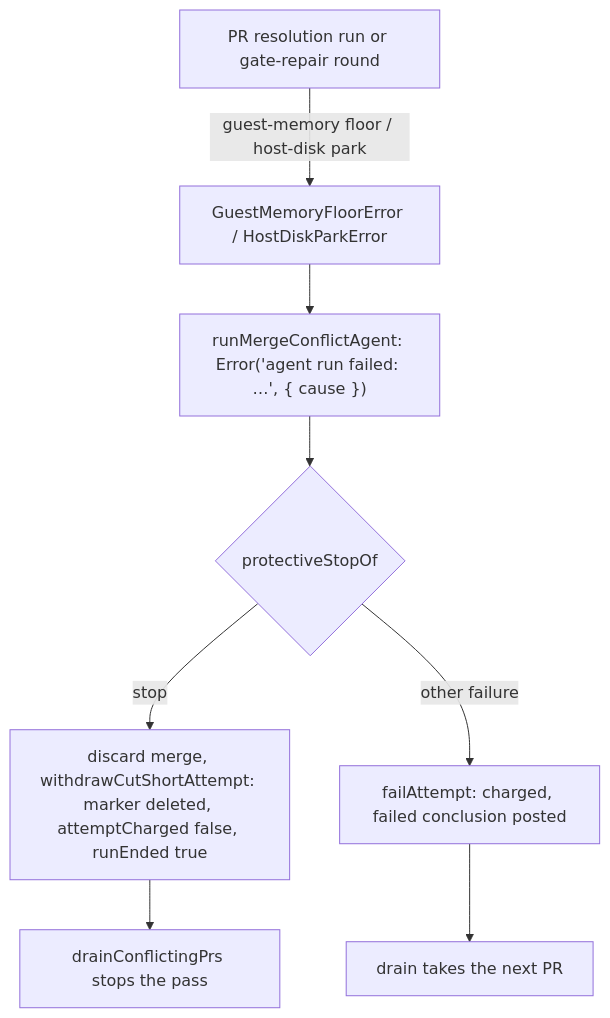
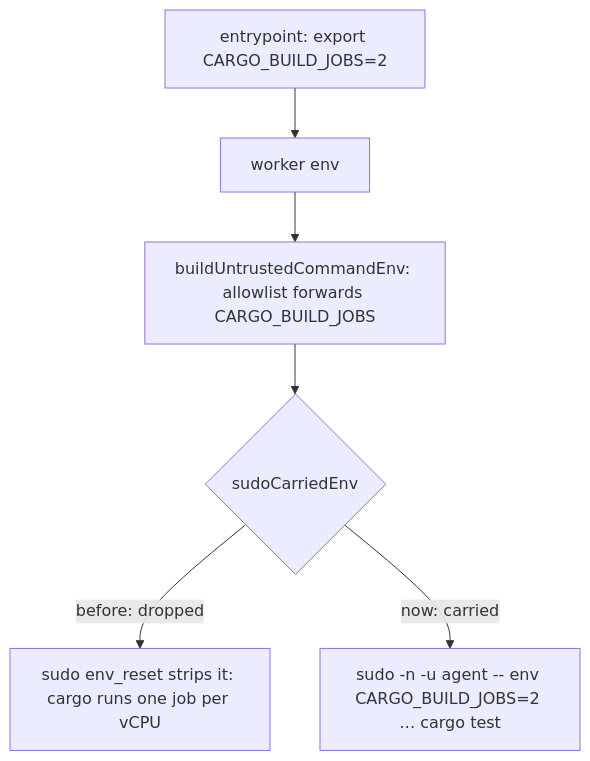
The diagram in docs/archive/pr-summaries/pr-summary-5626.md (stSoftwareAU/VibeCoder), drawn with Mermaid before and after one commit. The commit also changed other lines of this file, not shown here.

First line of the commit message:
Record the PR summary for the cargo job cap fix (Issue #5626)

````diff
--- a/docs/archive/pr-summaries/pr-summary-5626.md
+++ b/docs/archive/pr-summaries/pr-summary-5626.md
@@ -96,10 +79,8 @@
 ```mermaid
 flowchart TD
-    A[PR resolution run or gate-repair round] -->|guest-memory floor / host-disk park| B[GuestMemoryFloorError / HostDiskParkError]
-    B --> C["runMergeConflictAgent: Error('agent run failed: …', { cause })"]
-    C --> D{protectiveStopOf}
-    D -->|stop| E[discard merge, withdrawCutShortAttempt: marker deleted, attemptCharged false, runEnded true]
-    E --> F[drainConflictingPrs stops the pass]
-    D -->|other failure| G[failAttempt: charged, failed conclusion posted]
-    G --> H[drain takes the next PR]
+    E[entrypoint: export CARGO_BUILD_JOBS=2] --> W[worker env]
+    W --> B[buildUntrustedCommandEnv: allowlist forwards CARGO_BUILD_JOBS]
+    B --> S{sudoCarriedEnv}
+    S -->|before: dropped| X["sudo env_reset strips it: cargo runs one job per vCPU"]
+    S -->|now: carried| A["sudo -n -u agent -- env CARGO_BUILD_JOBS=2 … cargo test"]
 ```
````
